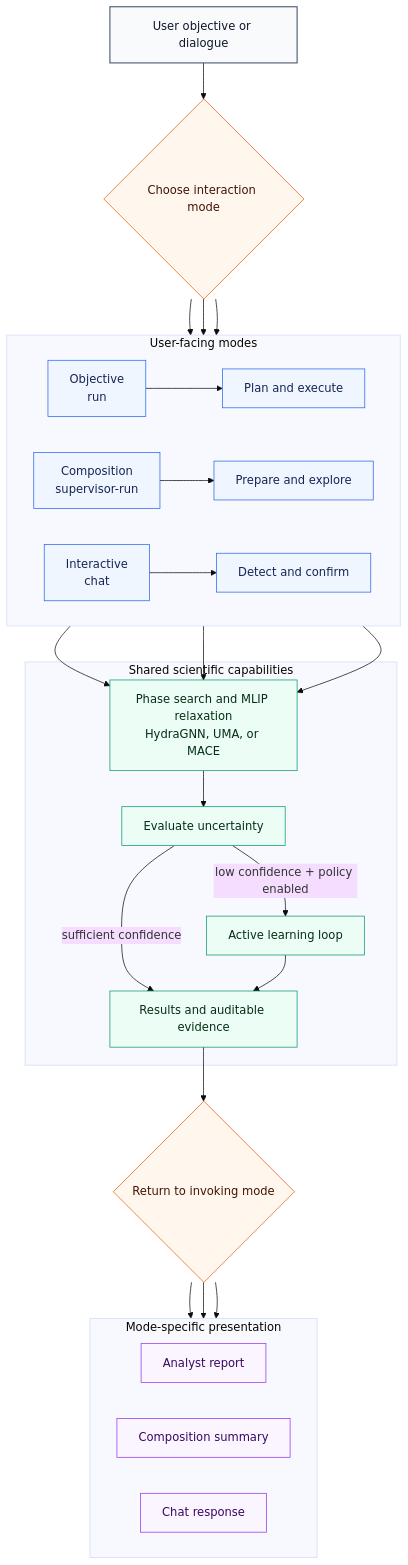
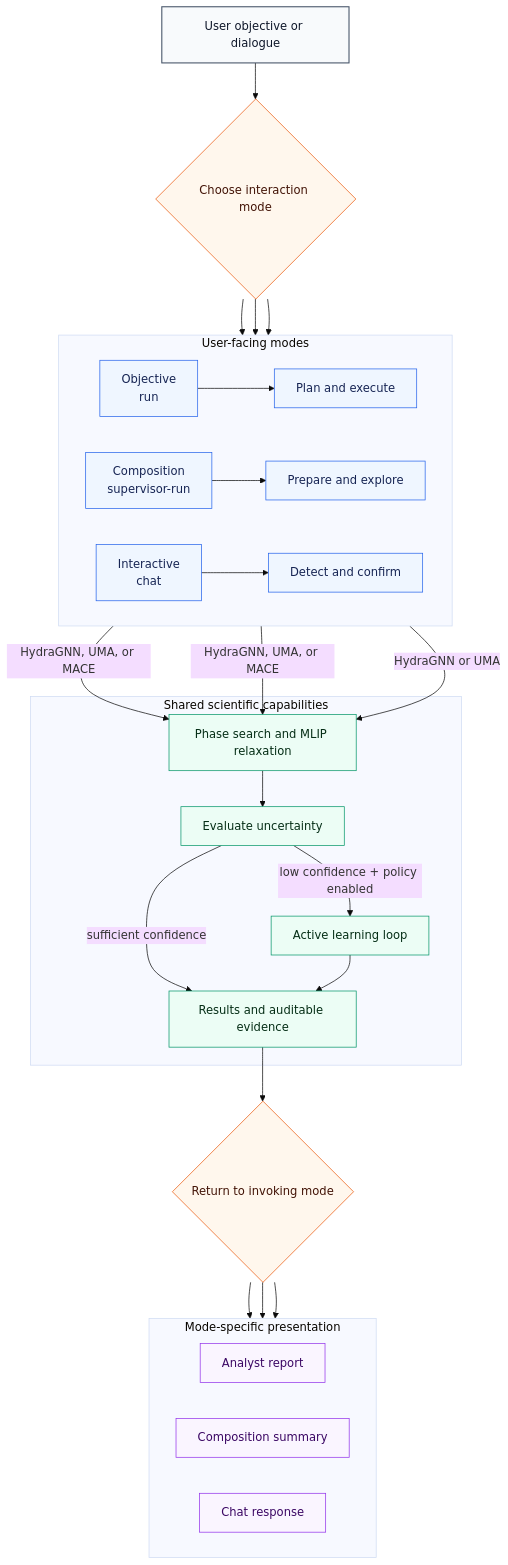
The diagram in docs/workflows/agentic-ai-workflow.md (ORNL/matsim-agents), drawn with Mermaid (base theme) before and after one commit. The commit also changed 6 other files, not shown here.

````diff
--- a/docs/workflows/agentic-ai-workflow.md
+++ b/docs/workflows/agentic-ai-workflow.md
@@ -7,55 +7,55 @@
 ```mermaid
 flowchart TD
     U[User objective or dialogue] --> G{Choose interaction mode}
 
     subgraph MODES[User-facing modes]
       direction LR
       O[Objective<br/>run] --> OP[Plan and execute]
       P[Composition<br/>supervisor-run] --> PP[Prepare and explore]
       I[Interactive<br/>chat] --> IP[Detect and confirm]
     end
 
     G --> O
     G --> P
     G --> I
 
-    OP --> X
-    PP --> X
-    IP --> X
+    OP -->|HydraGNN, UMA, or MACE| X
+    PP -->|HydraGNN, UMA, or MACE| X
+    IP -->|HydraGNN or UMA| X
 
     subgraph SCIENCE[Shared scientific capabilities]
-      X[Phase search and MLIP relaxation<br/>HydraGNN, UMA, or MACE]
+      X[Phase search and MLIP relaxation]
       Q[Evaluate uncertainty]
       AL[Active learning loop]
       E[Results and auditable evidence]
 
       X --> Q
       Q -->|low confidence + policy enabled| AL
       Q -->|sufficient confidence| E
       AL --> E
     end
 
     E --> R{Return to invoking mode}
 
     subgraph OUTPUTS[Mode-specific presentation]
       direction LR
       OA[Analyst report]
       PS[Composition summary]
       IR[Chat response]
     end
 
     R --> OA
     R --> PS
     R --> IR
 
     classDef entry fill:#f8fafc,stroke:#475569,color:#0f172a,stroke-width:1.5px
     classDef mode fill:#eff6ff,stroke:#2563eb,color:#172554
     classDef science fill:#ecfdf5,stroke:#059669,color:#052e16
     classDef decision fill:#fff7ed,stroke:#ea580c,color:#431407
     classDef output fill:#faf5ff,stroke:#9333ea,color:#3b0764
     class U entry
     class G,R decision
     class O,OP,P,PP,I,IP mode
     class X,Q,AL,E science
     class OA,PS,IR output
 ```
````
